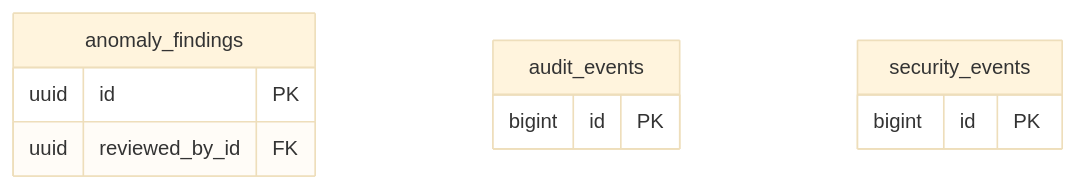
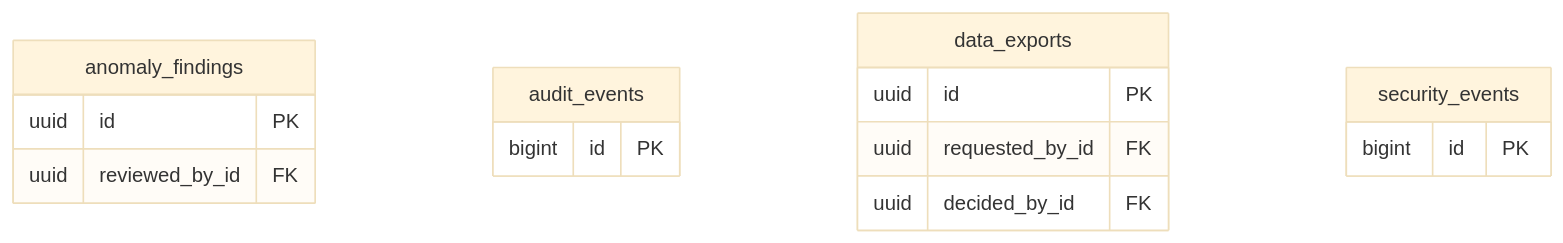
Diagram 14 of 15 in docs/04-data-model.md (Glenn74813/fas-mia), drawn with Mermaid (base theme) before and after one commit. The commit also changed other lines of this file and 24 other files, not shown here.

````diff
--- a/docs/04-data-model.md
+++ b/docs/04-data-model.md
@@ -894,13 +895,18 @@
 ```mermaid
 erDiagram
     anomaly_findings {
         uuid id PK
         uuid reviewed_by_id FK
     }
     audit_events {
         bigint id PK
     }
+    data_exports {
+        uuid id PK
+        uuid requested_by_id FK
+        uuid decided_by_id FK
+    }
     security_events {
         bigint id PK
     }
 ```
````
